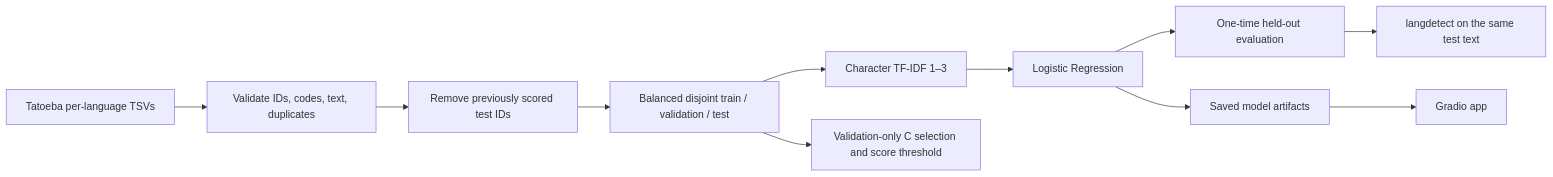
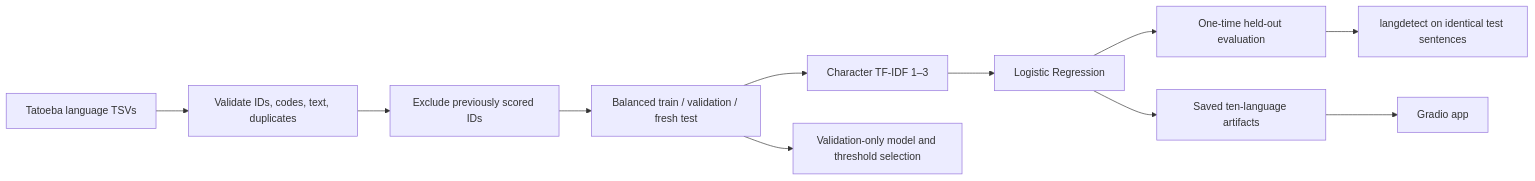
One commit to Mr-VantaRoot/LANGSCOPE-AI changed the diagram in README.md. Above: the diagram before and after it, drawn with Mermaid. The commit also changed other lines of this file and 22 other files, not shown here.

Commit message:
Add English to the supported language model

````diff
--- a/README.md
+++ b/README.md
@@ -27,13 +32,13 @@
 ```mermaid
 flowchart LR
-    A[Tatoeba per-language TSVs] --> B[Validate IDs, codes, text, duplicates]
-    B --> C[Remove previously scored test IDs]
-    C --> D[Balanced disjoint train / validation / test]
+    A[Tatoeba language TSVs] --> B[Validate IDs, codes, text, duplicates]
+    B --> C[Exclude previously scored IDs]
+    C --> D[Balanced train / validation / fresh test]
     D --> E[Character TF-IDF 1–3]
     E --> F[Logistic Regression]
-    D --> G[Validation-only C selection and score threshold]
+    D --> G[Validation-only model and threshold selection]
     F --> H[One-time held-out evaluation]
-    H --> I[langdetect on the same test text]
-    F --> J[Saved model artifacts]
+    H --> I[langdetect on identical test sentences]
+    F --> J[Saved ten-language artifacts]
     J --> K[Gradio app]
 ```
````
